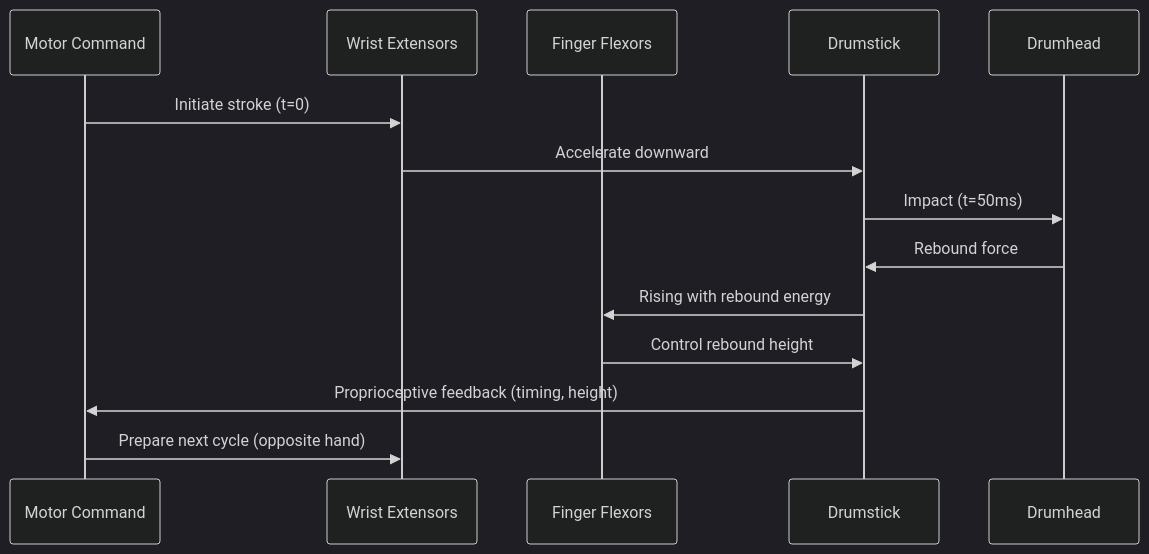
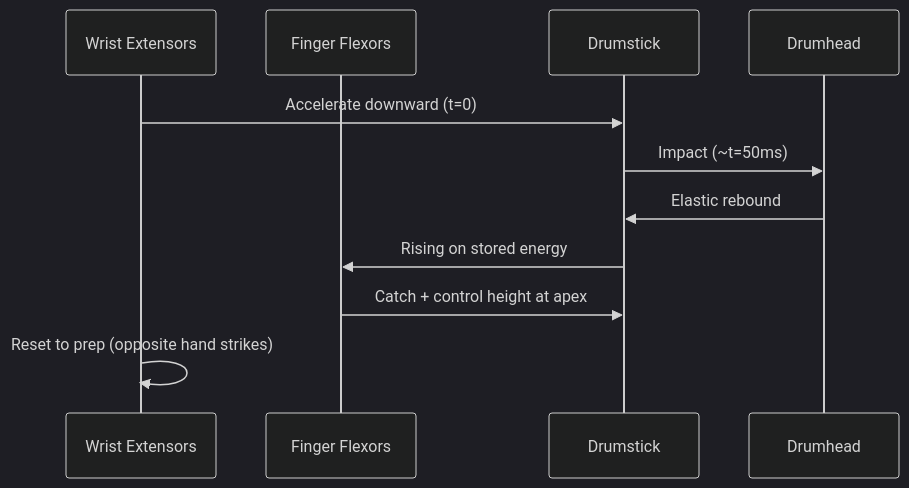
The second of 5 diagrams in topics/arts/music_performance/drums/lesson_02_four_limb_independence.md (blebleblee/synapse), drawn with Mermaid (dark theme) before and after one commit. The commit also changed other lines of this file and 2 other files, not shown here.

````diff
--- a/topics/arts/music_performance/drums/lesson_02_four_limb_independence.md
+++ b/topics/arts/music_performance/drums/lesson_02_four_limb_independence.md
@@ -86,17 +78,14 @@
 ```mermaid
 sequenceDiagram
-    participant Brain as Motor Command
     participant Wrist as Wrist Extensors
     participant Fingers as Finger Flexors
     participant Stick as Drumstick
     participant Head as Drumhead
-    
-    Brain->>Wrist: Initiate stroke (t=0)
-    Wrist->>Stick: Accelerate downward
-    Stick->>Head: Impact (t=50ms)
-    Head->>Stick: Rebound force
-    Stick->>Fingers: Rising with rebound energy
-    Fingers->>Stick: Control rebound height
-    Stick->>Brain: Proprioceptive feedback (timing, height)
-    Brain->>Wrist: Prepare next cycle (opposite hand)
+
+    Wrist->>Stick: Accelerate downward (t=0)
+    Stick->>Head: Impact (~t=50ms)
+    Head->>Stick: Elastic rebound
+    Stick->>Fingers: Rising on stored energy
+    Fingers->>Stick: Catch + control height at apex
+    Wrist->>Wrist: Reset to prep (opposite hand strikes)
 ```
````
